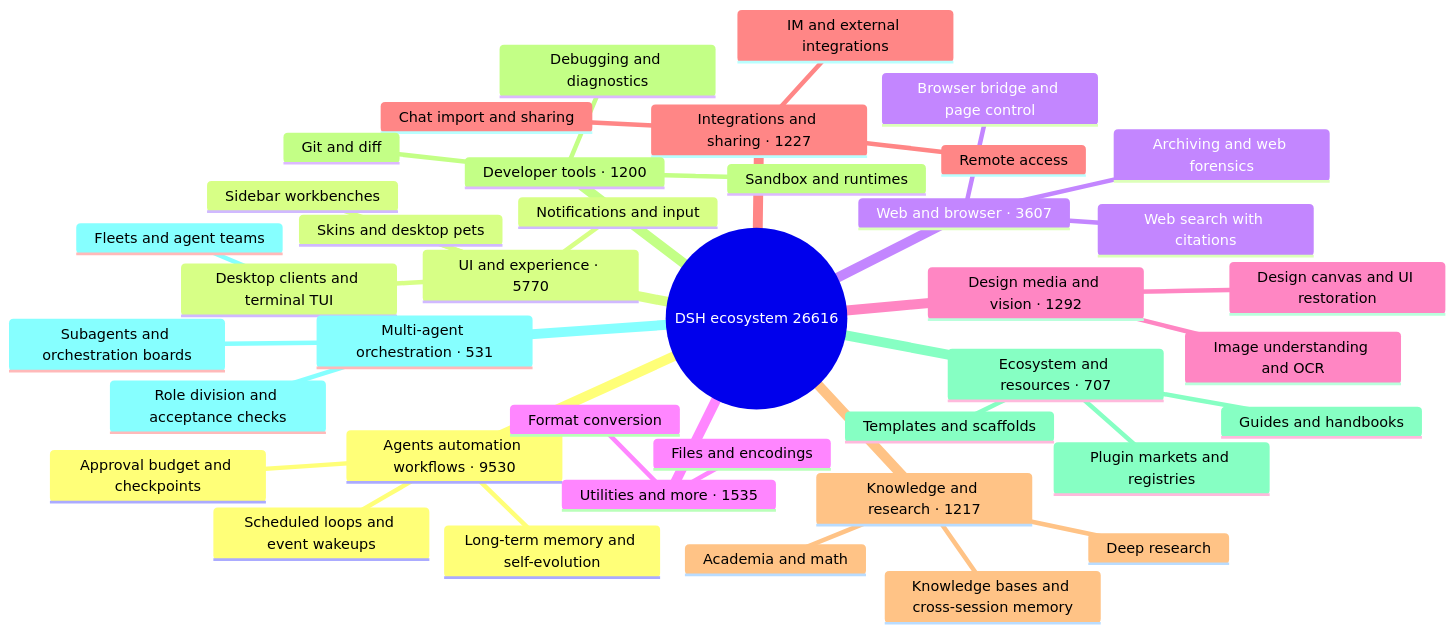
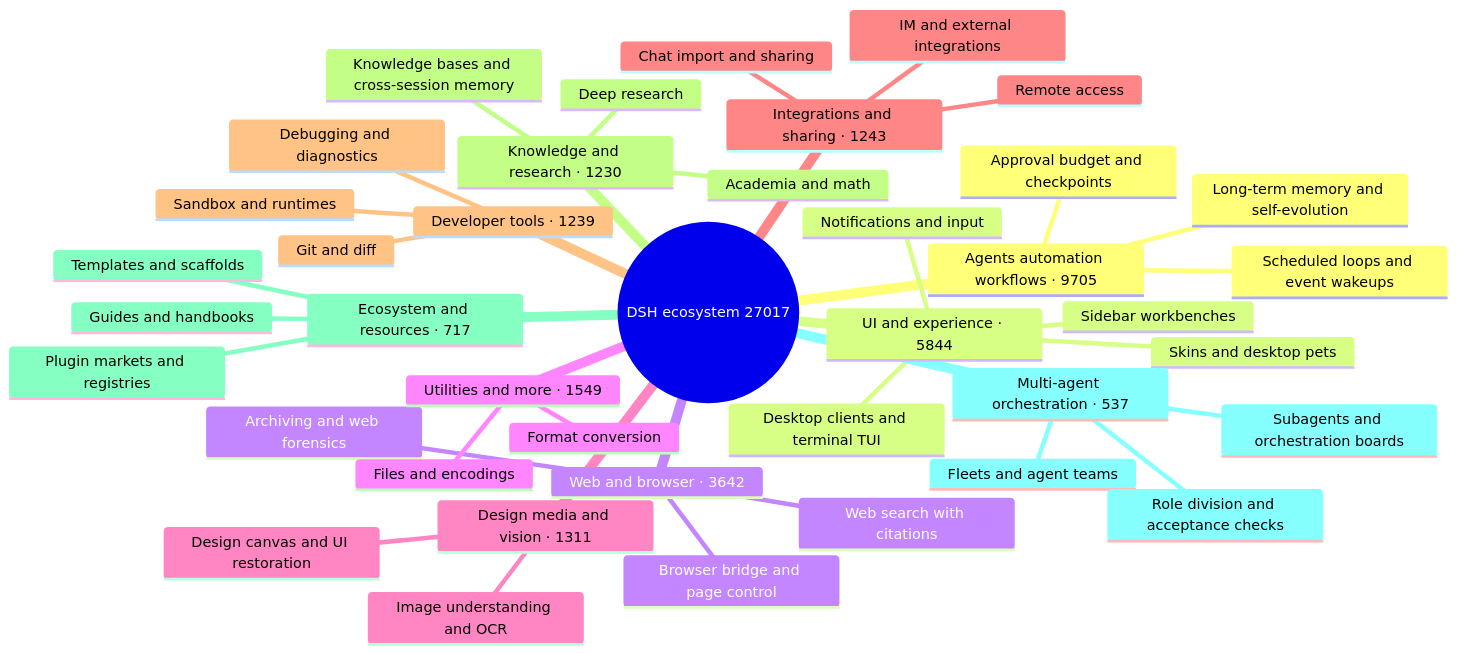
One commit to bruc3van/awesome-dsh-plugin changed the diagram in README_EN.md. Above: the diagram before and after it, drawn with Mermaid. The commit also changed other lines of this file and 27 other files, not shown here.

````diff
--- a/README_EN.md
+++ b/README_EN.md
@@ -32,43 +32,43 @@
 ```mermaid
 mindmap
-  root((DSH ecosystem 26616))
-    Agents automation workflows · 9530
+  root((DSH ecosystem 27017))
+    Agents automation workflows · 9705
       Scheduled loops and event wakeups
       Long-term memory and self-evolution
       Approval budget and checkpoints
-    UI and experience · 5770
+    UI and experience · 5844
       Desktop clients and terminal TUI
       Sidebar workbenches
       Skins and desktop pets
       Notifications and input
-    Web and browser · 3607
+    Web and browser · 3642
       Browser bridge and page control
       Web search with citations
       Archiving and web forensics
-    Utilities and more · 1535
+    Utilities and more · 1549
       Files and encodings
       Format conversion
-    Design media and vision · 1292
+    Design media and vision · 1311
       Image understanding and OCR
       Design canvas and UI restoration
-    Integrations and sharing · 1227
+    Integrations and sharing · 1243
       Chat import and sharing
       Remote access
       IM and external integrations
-    Knowledge and research · 1217
+    Developer tools · 1239
+      Git and diff
+      Sandbox and runtimes
+      Debugging and diagnostics
+    Knowledge and research · 1230
       Knowledge bases and cross-session memory
       Deep research
       Academia and math
-    Developer tools · 1200
-      Git and diff
-      Sandbox and runtimes
-      Debugging and diagnostics
-    Ecosystem and resources · 707
+    Ecosystem and resources · 717
       Plugin markets and registries
       Templates and scaffolds
       Guides and handbooks
-    Multi-agent orchestration · 531
+    Multi-agent orchestration · 537
       Subagents and orchestration boards
       Fleets and agent teams
       Role division and acceptance checks
 ```
````
